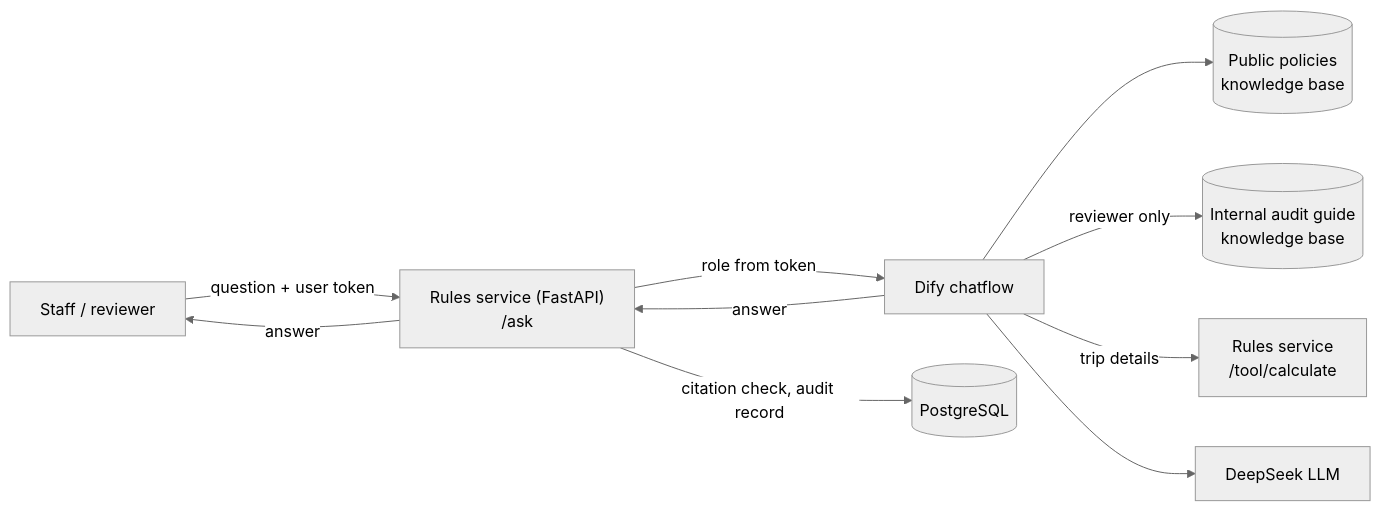
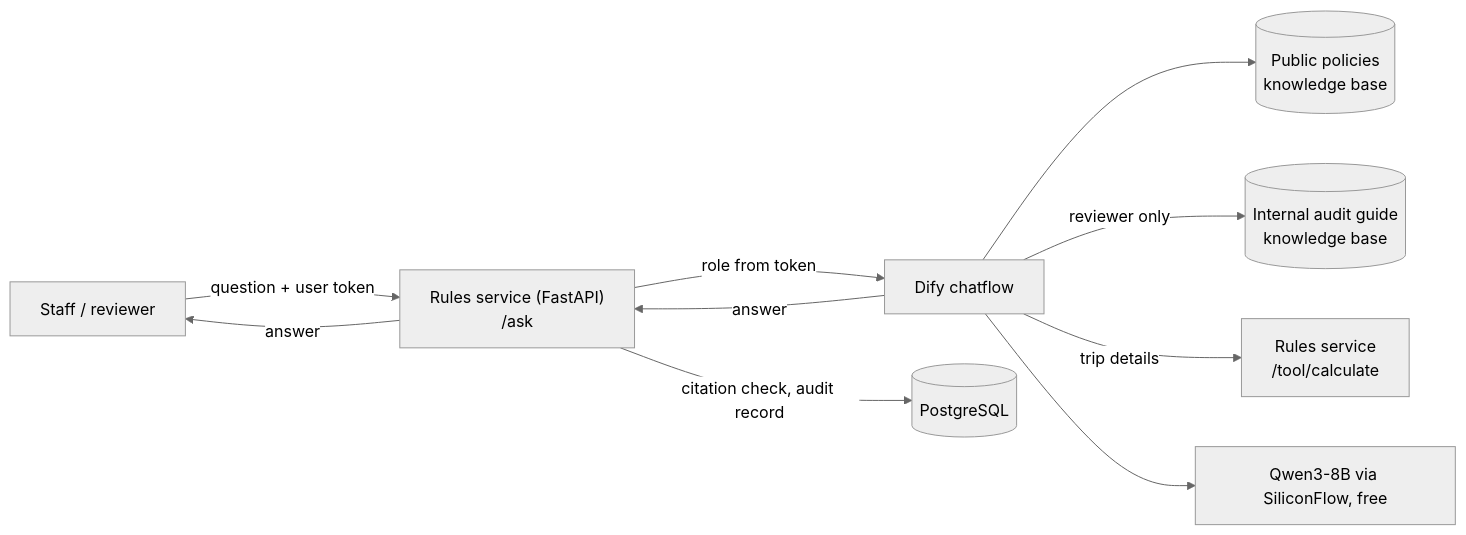
One commit to yi-wang-ai/school-ai-assistant changed the diagram in README.md. Above: the diagram before and after it, drawn with Mermaid (neutral theme). The commit also changed other lines of this file and 11 other files, not shown here.

First line of the commit message:
Switch to free Qwen3-8B and remove DeepSeek

````diff
--- a/README.md
+++ b/README.md
@@ -29,12 +31,12 @@
 ```mermaid
 flowchart LR
     U[Staff / reviewer] -->|question + user token| S["Rules service (FastAPI)<br/>/ask"]
     S -->|role from token| D[Dify chatflow]
     D --> K1[(Public policies<br/>knowledge base)]
     D -->|reviewer only| K2[(Internal audit guide<br/>knowledge base)]
     D -->|trip details| C["Rules service<br/>/tool/calculate"]
-    D --> L[DeepSeek LLM]
+    D --> L[Qwen3-8B via SiliconFlow, free]
     D -->|answer| S
     S -->|citation check, audit record| P[(PostgreSQL)]
     S -->|answer| U
 ```
````
